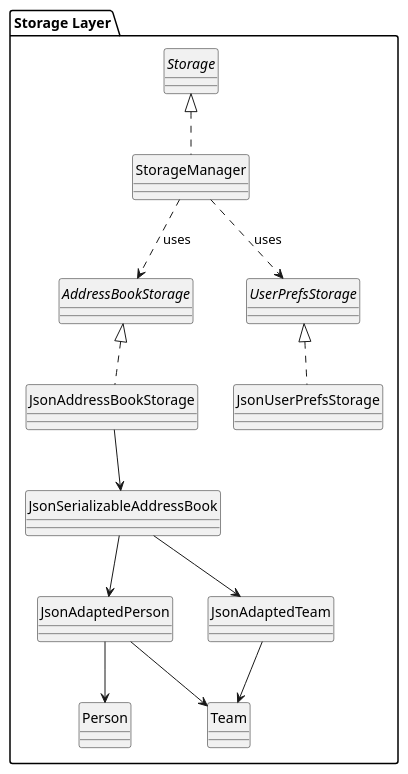
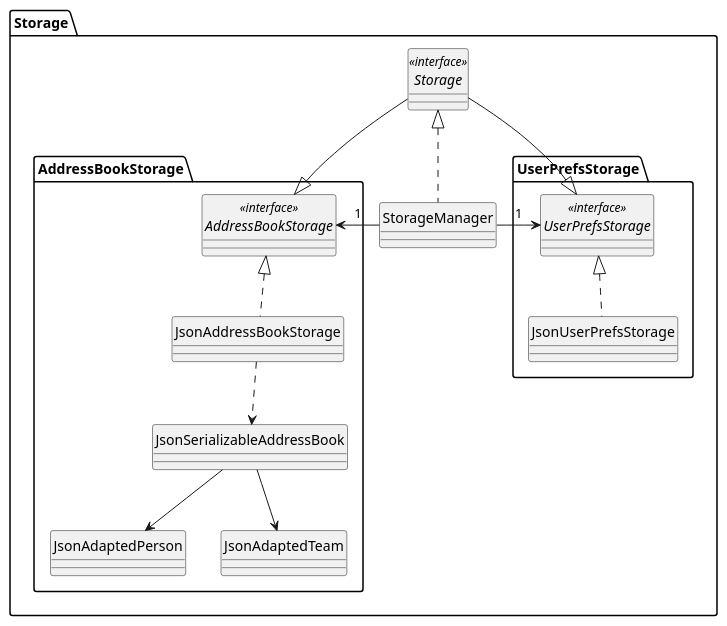
One commit to ziheng119/tp changed the diagram in docs/UML/Storage.puml. Above: the diagram before and after it, drawn with PlantUML. The commit also changed 4 other files, not shown here.

```diff
--- a/docs/UML/Storage.puml
+++ b/docs/UML/Storage.puml
@@ -1,36 +1,35 @@
 @startuml
 hide circle
 
-package "Storage Layer" as Storage{
+package "Storage" as S{
+    interface Storage <<interface>>
 
-    interface AddressBookStorage
-    interface UserPrefsStorage
-    interface Storage
-
+package "AddressBookStorage" as ABS{
+    interface AddressBookStorage <<interface>>
     class JsonAddressBookStorage
-    class JsonUserPrefsStorage
-    class StorageManager
 
     class JsonSerializableAddressBook
     class JsonAdaptedPerson
     class JsonAdaptedTeam
-
+}
+    class StorageManager
+package "UserPrefsStorage" as UPS {
+    interface UserPrefsStorage <<interface>>
+    class JsonUserPrefsStorage
+}
     ' ===== Relationships =====
 
-    StorageManager ..> AddressBookStorage : uses
-    StorageManager ..> UserPrefsStorage : uses
+    AddressBookStorage <- StorageManager : 1
+    StorageManager -> UserPrefsStorage : 1
 
+    Storage <|.. StorageManager
+    Storage --|> AddressBookStorage
+    Storage --|> UserPrefsStorage
     AddressBookStorage <|.. JsonAddressBookStorage
     UserPrefsStorage <|.. JsonUserPrefsStorage
-    Storage <|.. StorageManager
 
-    JsonAddressBookStorage --> JsonSerializableAddressBook
+    JsonAddressBookStorage ..> JsonSerializableAddressBook
     JsonSerializableAddressBook --> JsonAdaptedPerson
     JsonSerializableAddressBook --> JsonAdaptedTeam
-
-    JsonAdaptedPerson --> "Team"
-    JsonAdaptedPerson --> "Person"
-    JsonAdaptedTeam --> "Team"
 }
-
 @enduml
```
